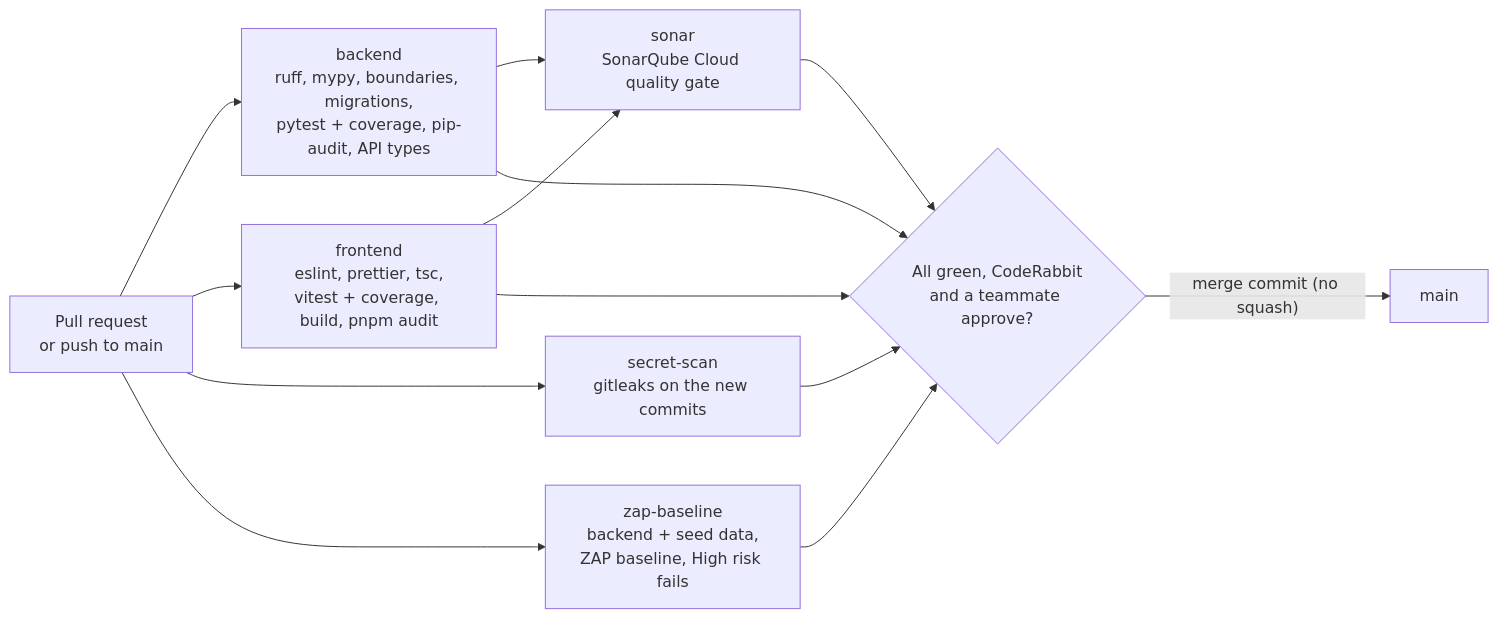
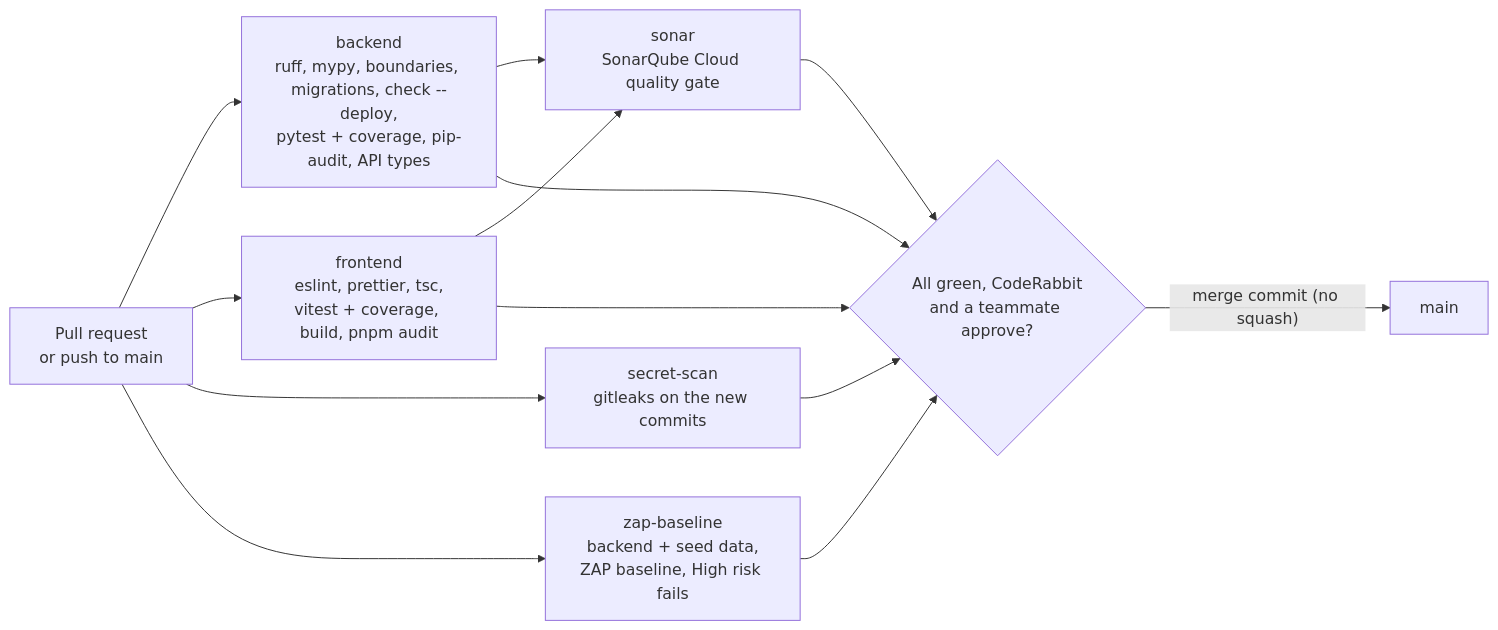
One commit to B-A-D-R-SL/iris changed the diagram in README.md. Above: the diagram before and after it, drawn with Mermaid. The commit also changed other lines of this file and 4 other files, not shown here.

First line of the commit message:
FIX-17 fix(ci): add check --deploy and adapt the scans to FIX-04

````diff
--- a/README.md
+++ b/README.md
@@ -208,15 +208,15 @@
 ```mermaid
 flowchart LR
-    pr["Pull request<br/>or push to main"] --> be["backend<br/>ruff, mypy, boundaries, migrations,<br/>pytest + coverage, pip-audit, API types"]
+    pr["Pull request<br/>or push to main"] --> be["backend<br/>ruff, mypy, boundaries, migrations, check --deploy,<br/>pytest + coverage, pip-audit, API types"]
     pr --> fe["frontend<br/>eslint, prettier, tsc,<br/>vitest + coverage, build, pnpm audit"]
     pr --> gl["secret-scan<br/>gitleaks on the new commits"]
     pr --> zap["zap-baseline<br/>backend + seed data,<br/>ZAP baseline, High risk fails"]
     be --> sonar["sonar<br/>SonarQube Cloud quality gate"]
     fe --> sonar
     be --> merge{"All green, CodeRabbit<br/>and a teammate approve?"}
     fe --> merge
     gl --> merge
     zap --> merge
     sonar --> merge
     merge -- "merge commit (no squash)" --> main["main"]
 ```
````
